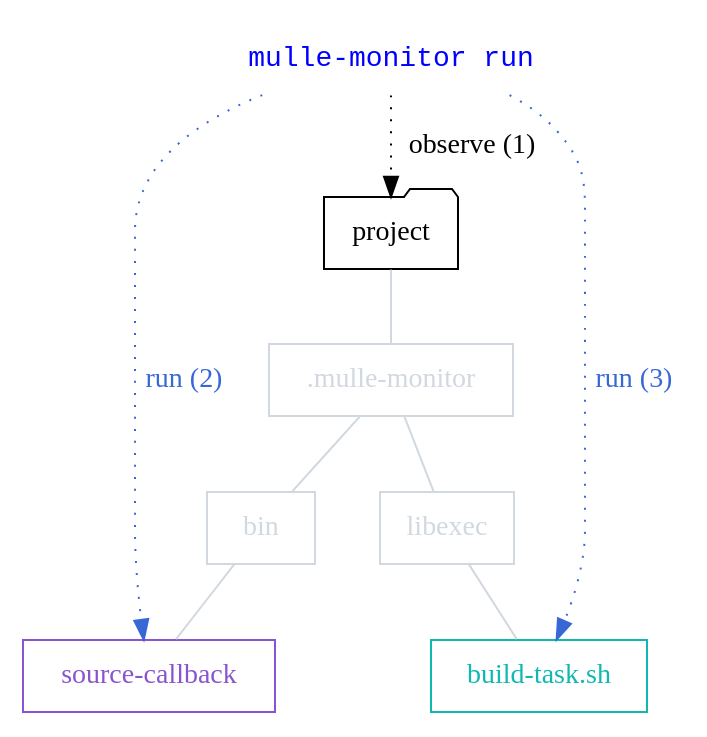
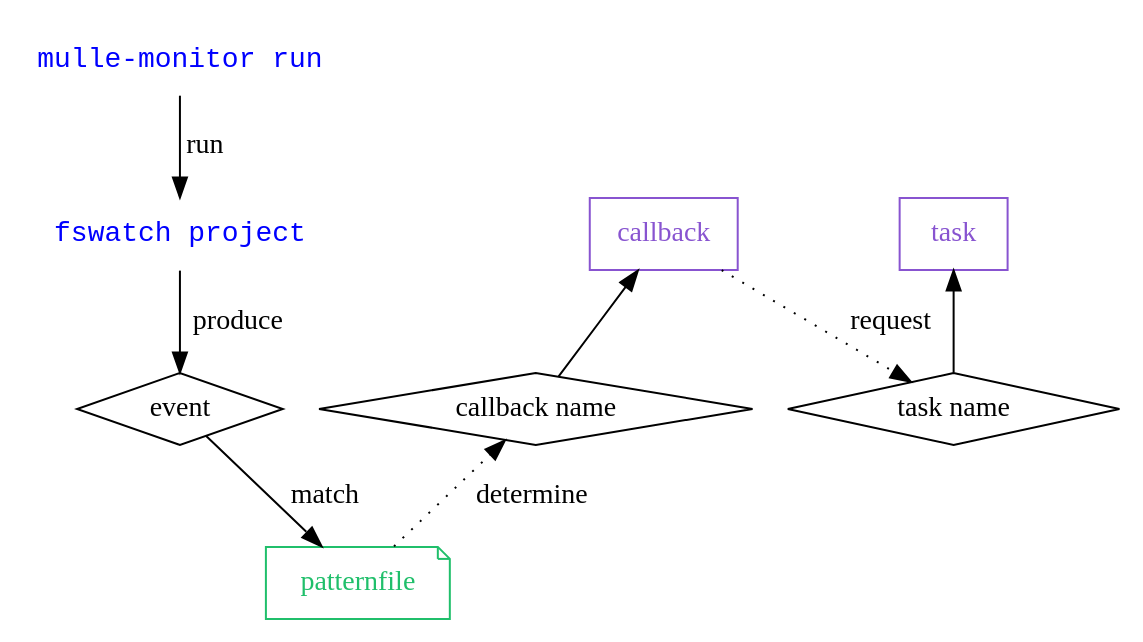
The diagram in dox/mulle-monitor-run.dot (mulle-sde/mulle-match), drawn with Graphviz before and after one commit. The commit also changed 5 other files, not shown here.

```diff
--- a/dox/mulle-monitor-run.dot
+++ b/dox/mulle-monitor-run.dot
@@ -1,42 +1,26 @@
 digraph G {
     graph [rankdir = TD];
 
+    { rank="same"; "mulle-monitor run" }
+    { rank="same"; "event", "task name", "callback name" }
+    { rank="same"; "fswatch project", "callback", "task" }
+    { rank="same"; "patternfile" }
+
     "mulle-monitor run"   [ shape="none", fontcolor="blue", fontname="monospace"]
+    "fswatch project"     [ shape="none", fontcolor="blue", fontname="monospace"]
 
-    node[ shape="folder" ];
+    "mulle-monitor run" -> "fswatch project" [ label="run" ]
+    "fswatch project"   -> event             [ label="produce" ]
+    event -> "patternfile"                 [ label="match" ]
+    "callback name" -> "callback"        [ label="" ]
+    "task name"  -> "task"               [ label="" ]
+    patternfile -> "callback name"       [ label="determine", style="dotted"]
+    callback -> "task name"              [ label="request", style="dotted" ]
 
-    project
-
-
-    { rank = "same"; "mulle-monitor run" };
-
-    edge[ arrowhead="", style="dotted" ];
-
-    node[shape=record, color="#8854d0", fontcolor="#8854d0"];
-    "s_did_update"
-
-    node[ color="#d1d8e0", fontcolor="#d1d8e0" ];
-
-    "mulle-monitor run" -> "project"              [ label="observe (1)" ]
-
-    edge[ arrowhead="none", color="#d1d8e0", style="" ];
-
-    "project"         -> ".mulle-monitor"
-    ".mulle-monitor"  -> "bin"
-    ".mulle-monitor"  -> "libexec"
-
-    edge[ color="#3867d6", fontcolor="#3867d6" ];
-
-    "mulle-monitor run" -> "s_did_update"   [ arrowhead="", label="run (2)", style="dotted" ]
-    "mulle-monitor run" -> "build-task.sh"  [ arrowhead="", label="run (3)", style="dotted" ]
-
-    edge[ color="#d1d8e0", fontcolor="#d1d8e0" ];
-
-    "bin"             -> "s_did_update"
-
-    "s_did_update"    [ label="source-callback"]
-
-    "libexec"         -> "build-task.sh"
-
-    "build-task.sh"  [ color="#0fb9b1", fontcolor="#0fb9b1"]
+    event [ shape="diamond"]
+    "callback name" [ shape="diamond"]
+    "task name" [ shape="diamond"]
+    patternfile [ shape="note", color="#20bf6b", fontcolor="#20bf6b" ]
+    callback [ shape="record", color="#8854d0", fontcolor="#8854d0" ]
+    task [ shape="record", color="#8854d0", fontcolor="#8854d0"]
 }
```
